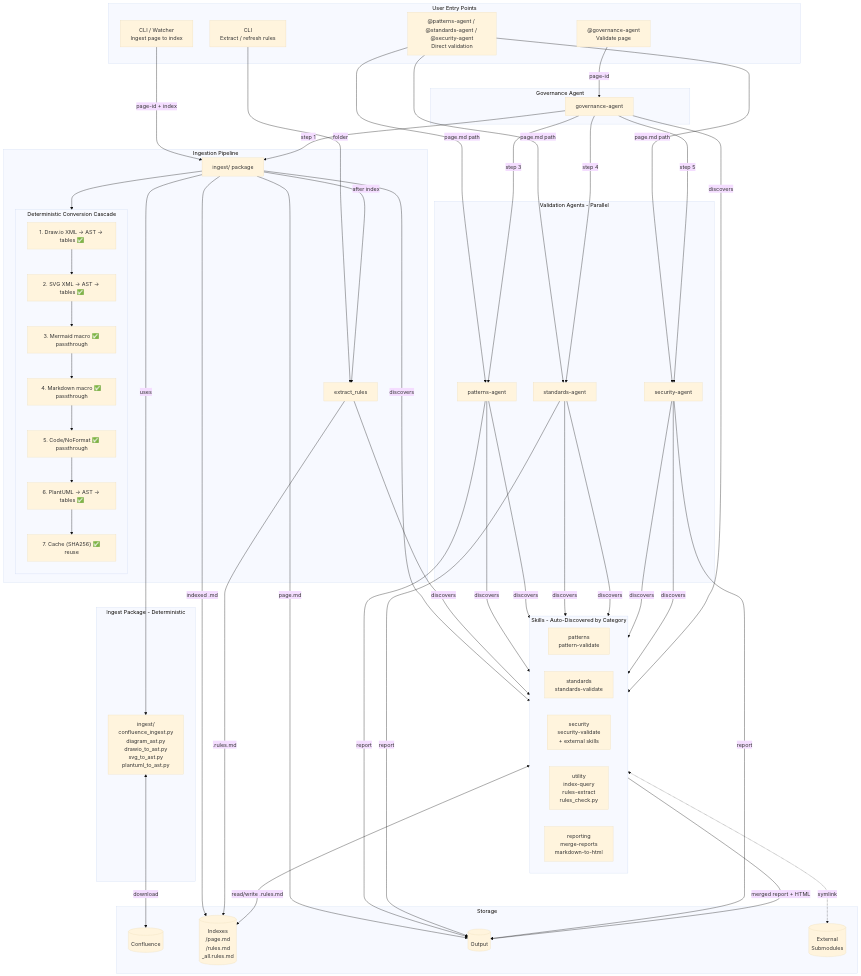
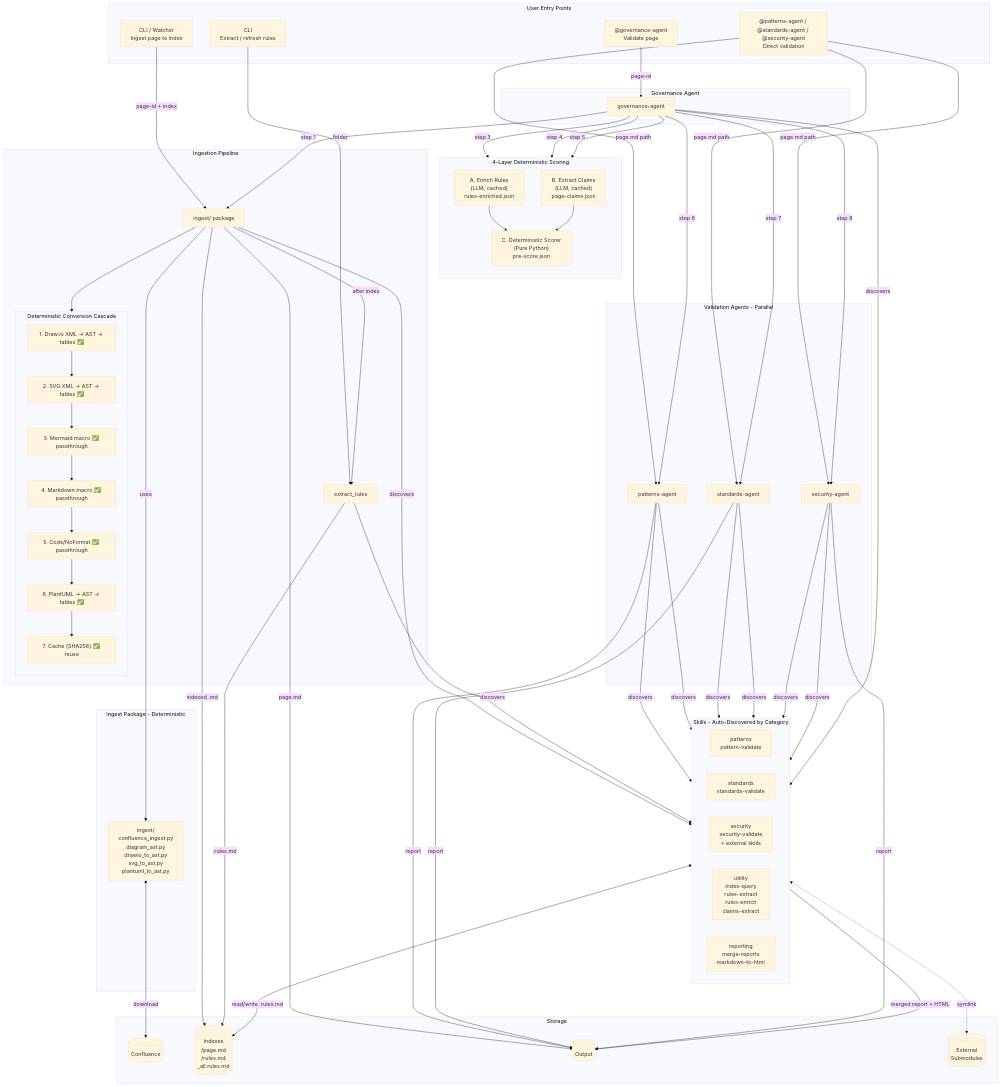
One commit to byrash/architecture-governance changed the first of 5 diagrams in README.md. Above: the diagram before and after it, drawn with Mermaid (base theme). The commit also changed other lines of this file and 27 other files, not shown here.

```diff
--- a/README.md
+++ b/README.md
@@ -62,6 +71,15 @@
 
     subgraph Orchestration[Governance Agent]
         GA[governance-agent]
+    end
+
+    subgraph Scoring[4-Layer Deterministic Scoring]
+        direction TB
+        EN["A. Enrich Rules\n(LLM, cached)\nrules-enriched.json"]
+        CL["B. Extract Claims\n(LLM, cached)\npage-claims.json"]
+        SC["C. Deterministic Scorer\n(Pure Python)\npre-score.json"]
+        EN --> SC
+        CL --> SC
     end
 
     subgraph Ingestion[Ingestion Pipeline]
@@ -95,7 +113,7 @@
         PatSkills["patterns\npattern-validate"]
         StdSkills["standards\nstandards-validate"]
         SecSkills["security\nsecurity-validate\n+ external skills"]
-        UtilSkills["utility\nindex-query\nrules-extract\n  rules_check.py"]
+        UtilSkills["utility\nindex-query\nrules-extract\nrules-enrich\nclaims-extract"]
         RepSkills["reporting\nmerge-reports\nmarkdown-to-html"]
     end
 
@@ -112,9 +130,12 @@
     U3 -->|folder| RE
     U4 -->|page.md path| PA & SA & SEA
     GA -->|step 1| IA
-    GA -->|step 3| PA
-    GA -->|step 4| SA
-    GA -->|step 5| SEA
+    GA -->|step 3| EN
+    GA -->|step 4| CL
+    GA -->|step 5| SC
+    GA -->|step 6| PA
+    GA -->|step 7| SA
+    GA -->|step 8| SEA
 
     %% Ingestion triggers rules extraction
     IA -->|"after index"| RE
```
